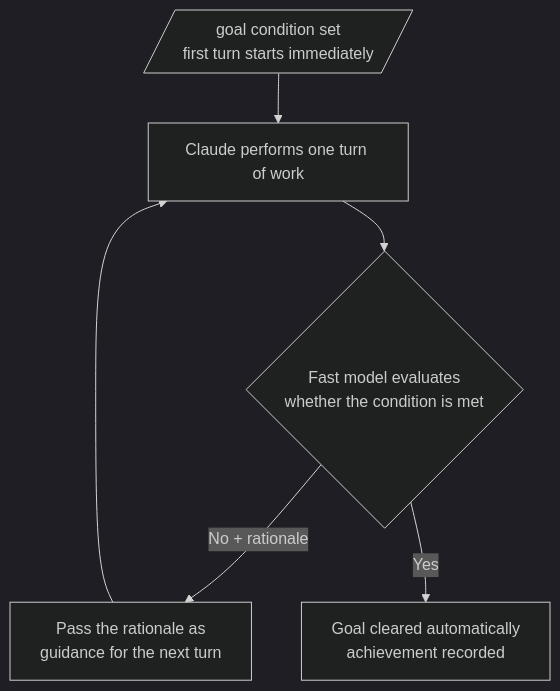
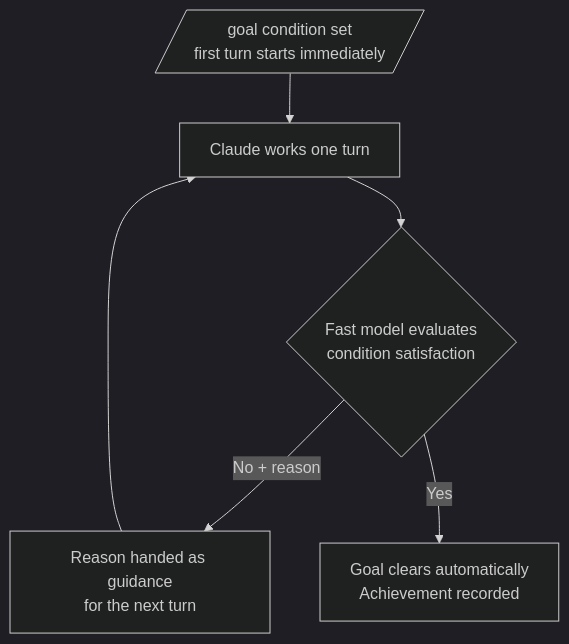
The diagram in docs-site/content/en/claude-code/agentic/goal.md (modu-ai/moai-adk), drawn with Mermaid (dark theme) before and after one commit. The commit also changed other lines of this file and 395 other files, not shown here.

````diff
--- a/docs-site/content/en/claude-code/agentic/goal.md
+++ b/docs-site/content/en/claude-code/agentic/goal.md
@@ -33,8 +33,8 @@
 ```mermaid
 flowchart TD
-    A[/goal condition set<br>first turn starts immediately/] --> B[Claude performs one turn of work]
-    B --> C{Fast model evaluates<br>whether the condition is met}
-    C -->|No + rationale| D[Pass the rationale as<br>guidance for the next turn]
+    A[/goal condition set<br>first turn starts immediately/] --> B[Claude works one turn]
+    B --> C{Fast model evaluates<br>condition satisfaction}
+    C -->|No + reason| D[Reason handed as guidance<br>for the next turn]
     D --> B
-    C -->|Yes| E[Goal cleared automatically<br>achievement recorded]
+    C -->|Yes| E[Goal clears automatically<br>Achievement recorded]
 ```
````
